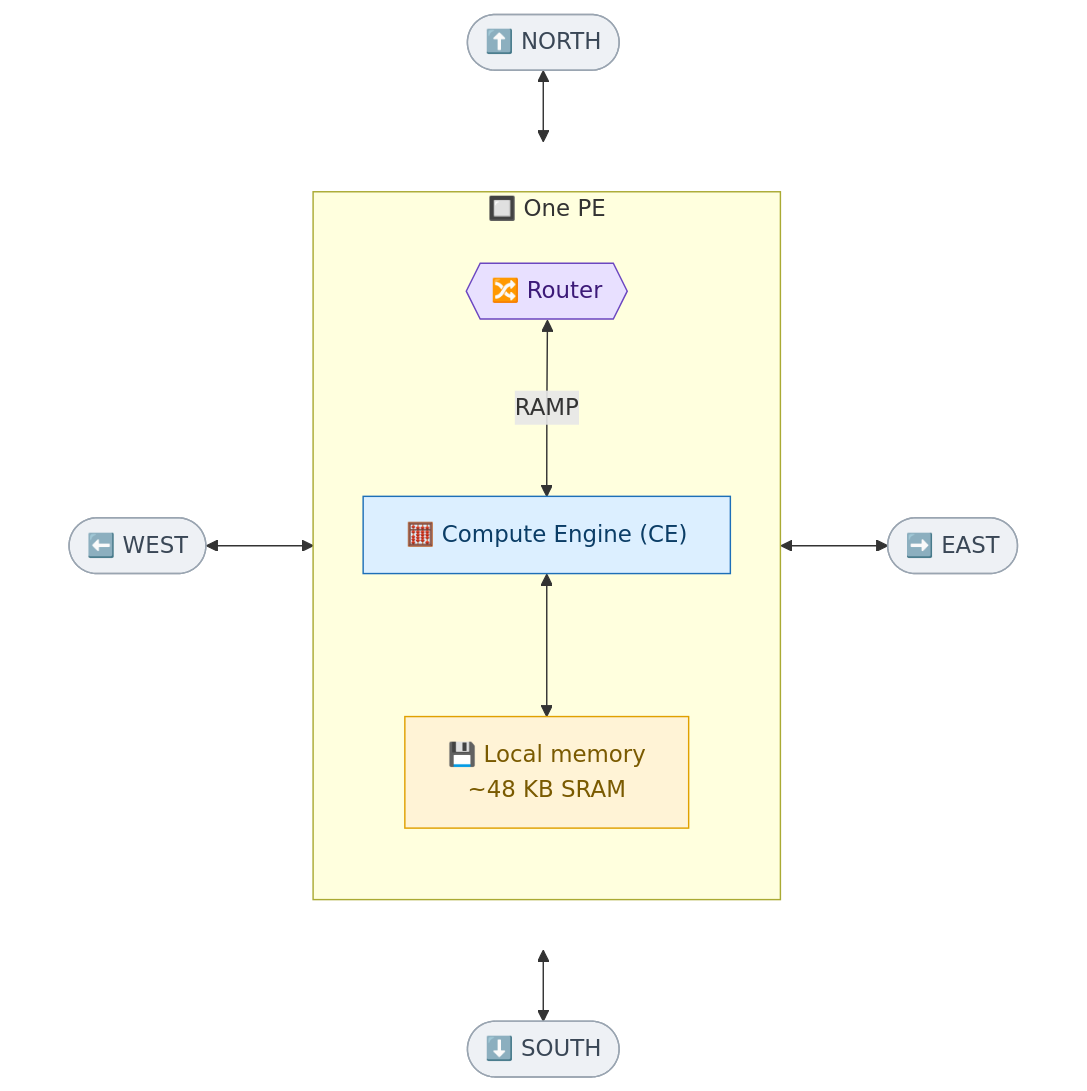
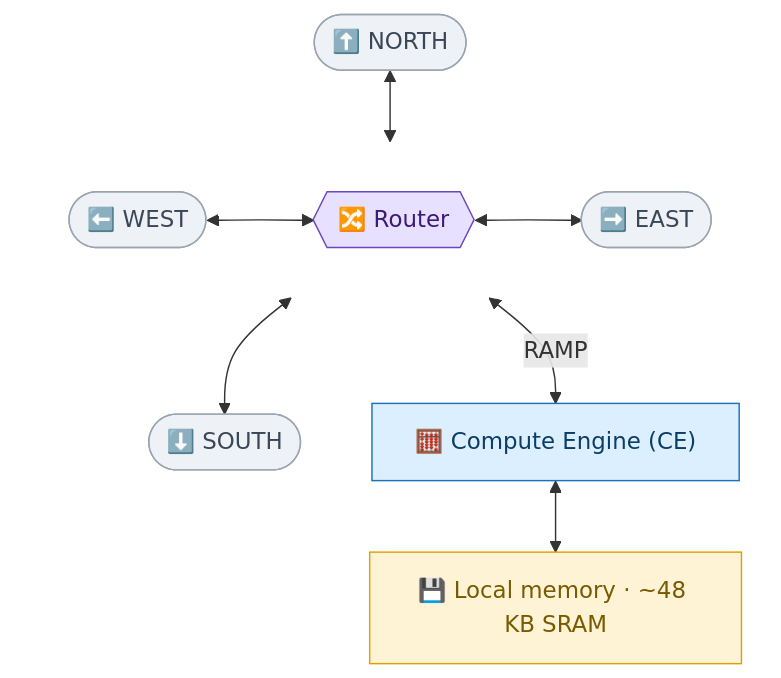
One commit to vksastry/ATPESC_MachineLearning changed the first of 3 diagrams in 04_AI_testbed/Cerebras/CSL/README.md. Above: the diagram before and after it, drawn with Mermaid.

Commit message:
CSL README: drop oversized One PE box; compact compass around Router/CE/Memory

````diff
--- a/04_AI_testbed/Cerebras/CSL/README.md
+++ b/04_AI_testbed/Cerebras/CSL/README.md
@@ -39,31 +39,21 @@
 ```mermaid
 flowchart TB
     N(["⬆️ NORTH"])
     subgraph row[" "]
       direction LR
-      W(["⬅️ WEST"])
-      subgraph PE["🔲 One PE"]
-        direction TB
-        R{{"🔀 Router"}}
-        CE["🧮 Compute Engine (CE)"]
-        MEM["💾 Local memory<br/>~48 KB SRAM"]
-        R <-->|"RAMP"| CE
-        CE <--> MEM
-      end
-      E(["➡️ EAST"])
-      W <--> R
-      R <--> E
+      W(["⬅️ WEST"]) <--> R{{"🔀 Router"}} <--> E(["➡️ EAST"])
     end
-    S(["⬇️ SOUTH"])
     N <--> R
-    R <--> S
+    R <--> S(["⬇️ SOUTH"])
+    R <-->|"RAMP"| CE["🧮 Compute Engine (CE)"]
+    CE <--> MEM["💾 Local memory · ~48 KB SRAM"]
     style row fill:transparent,stroke:transparent
     classDef router fill:#e8e0ff,stroke:#6b46c1,color:#3c1a78
     classDef ce fill:#dcefff,stroke:#1d6fb8,color:#0b3d66
     classDef mem fill:#fff3d6,stroke:#e0a000,color:#7a5a00
     classDef nbr fill:#eef1f5,stroke:#9aa5b1,color:#3a4756
     class R router
     class CE ce
     class MEM mem
     class N,S,W,E nbr
 ```
````
